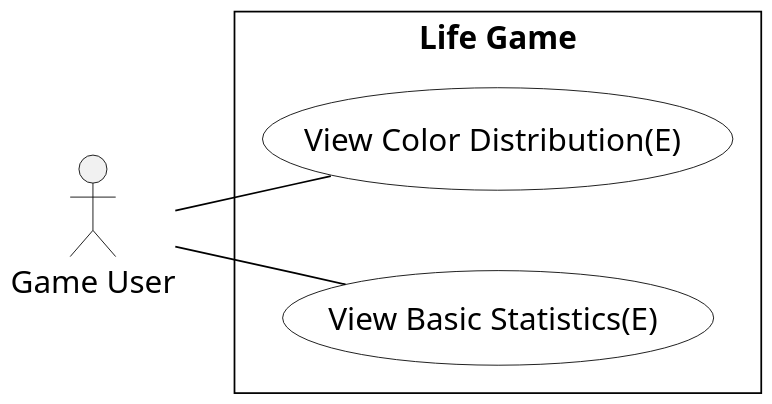
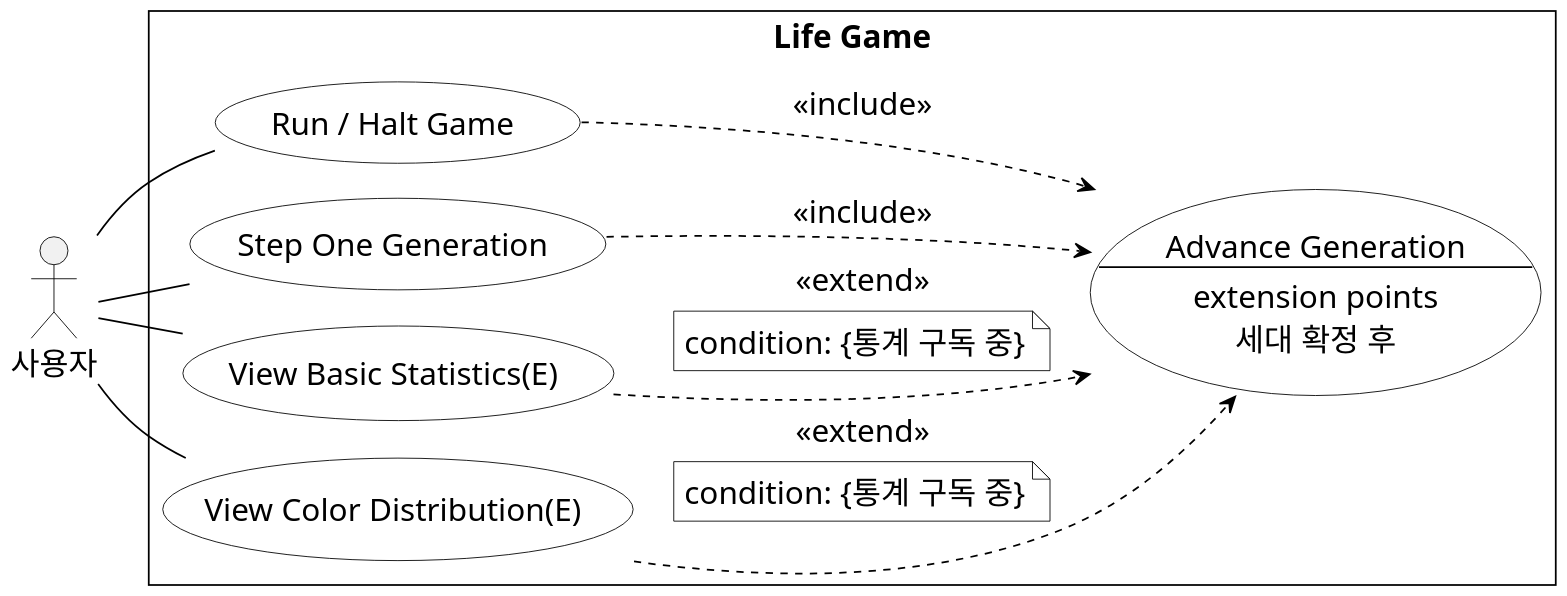
Before and after one commit to mckimR1972/DP_team_project: the diagram in docs/statistics/diagrams/statistics-use-cases.puml, drawn with PlantUML. The commit also changed 15 other files, not shown here.

First line of the commit message:
docs: 통계 UML 통일안 2차 반영 및 Statistics.current() 정리

```diff
--- a/docs/statistics/diagrams/statistics-use-cases.puml
+++ b/docs/statistics/diagrams/statistics-use-cases.puml
@@ -1,29 +1,50 @@
 @startuml statistics-use-cases
+!pragma layout smetana
 left to right direction
 skinparam linetype polyline
-skinparam defaultFontName "Apple SD Gothic Neo"
+skinparam defaultFontName "Malgun Gothic"
 skinparam defaultFontSize 18
 skinparam dpi 160
 skinparam monochrome true
 skinparam shadowing false
 skinparam roundcorner 0
 skinparam backgroundColor white
 skinparam ArrowColor black
 skinparam actorBorderColor black
 skinparam actorFontColor black
 skinparam rectangleBorderColor black
 skinparam rectangleBackgroundColor white
 skinparam usecaseBorderColor black
 skinparam usecaseBackgroundColor white
 skinparam usecaseFontColor black
+skinparam noteBackgroundColor white
+skinparam noteBorderColor black
 skinparam nodesep 45
-skinparam ranksep 50
+skinparam ranksep 65
 
-actor "Game User" as Player
+actor "사용자" as Player
 rectangle "Life Game" {
+    together {
+    usecase "Run / Halt Game" as RunGame
+    usecase "Step One Generation" as StepGame
+    usecase "View Basic Statistics(E)" as BasicStatistics
     usecase "View Color Distribution(E)" as ColorStatistics
-    usecase "View Basic Statistics(E)" as BasicStatistics
+    }
+    usecase "Advance Generation\n--\nextension points\n세대 확정 후" as AdvanceGeneration
+
+    RunGame ..> AdvanceGeneration : <<include>>
+    StepGame ..> AdvanceGeneration : <<include>>
+    BasicStatistics ..> AdvanceGeneration : <<extend>>
+    note on link
+      condition: {통계 구독 중}
+    end note
+    ColorStatistics ..> AdvanceGeneration : <<extend>>
+    note on link
+      condition: {통계 구독 중}
+    end note
 }
+Player -- RunGame
+Player -- StepGame
 Player -- BasicStatistics
 Player -- ColorStatistics
 @enduml
```
